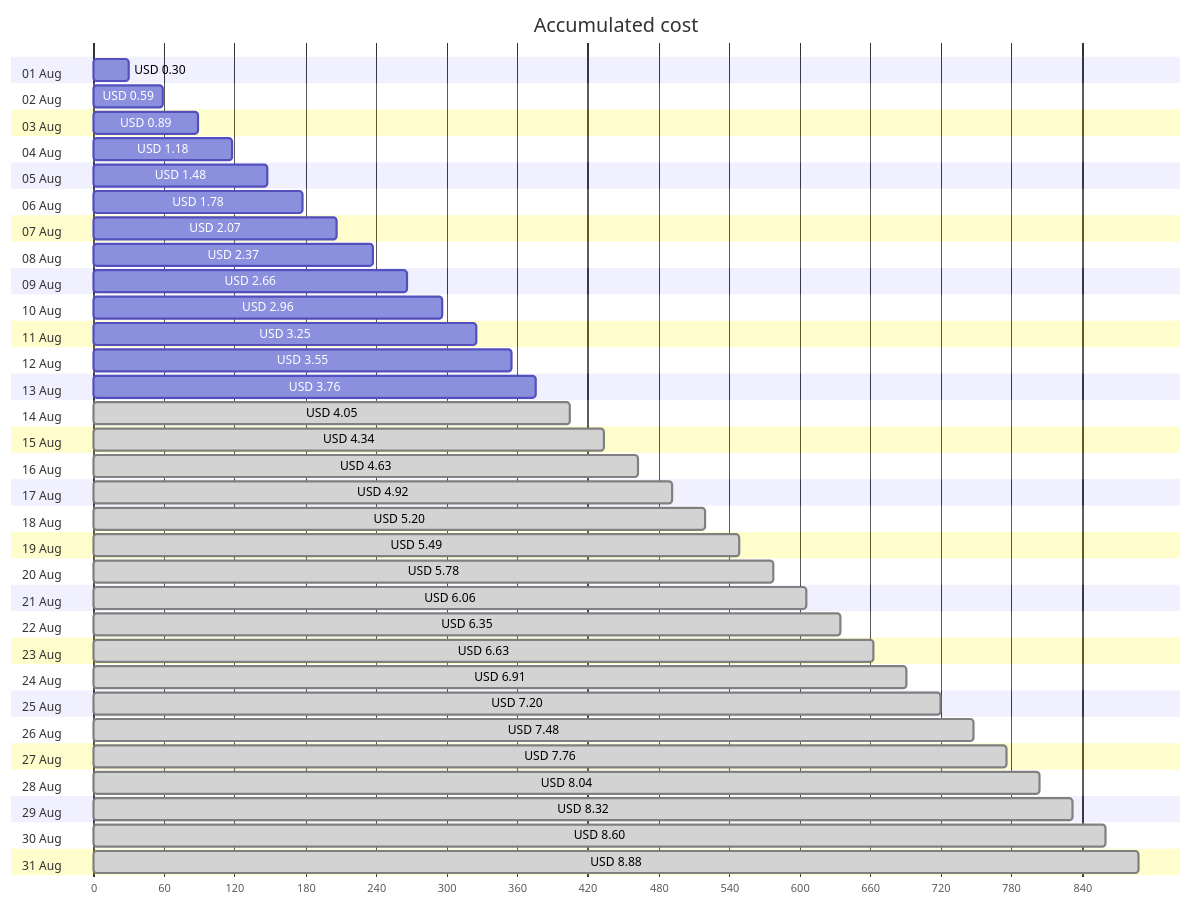
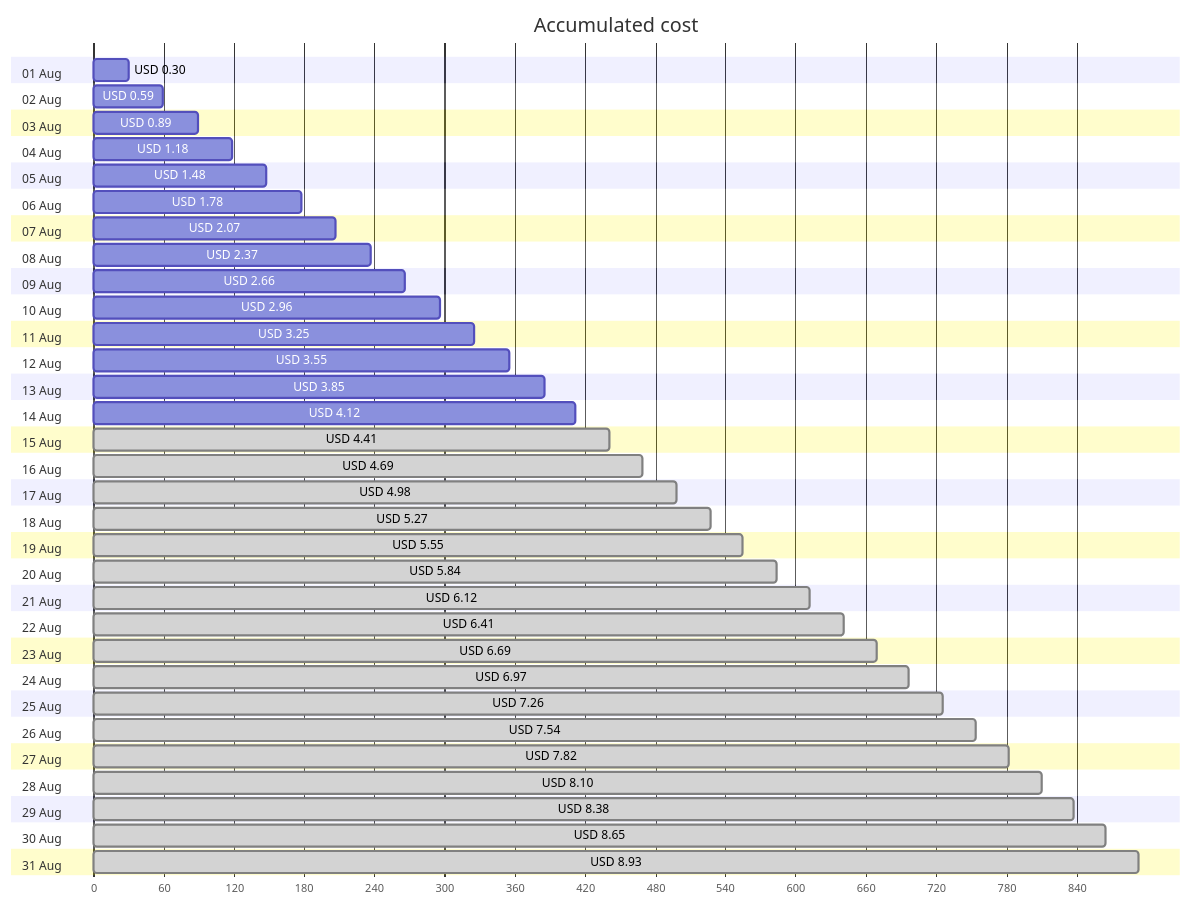
Before and after one commit to jpfulton/azure-personal-reports: the first of 4 diagrams in cost-reports/personal-site/personal-site.md, drawn with Mermaid. The commit also changed other lines of this file and 6 other files, not shown here.

````diff
--- a/cost-reports/personal-site/personal-site.md
+++ b/cost-reports/personal-site/personal-site.md
@@ -20,68 +20,68 @@
 ```mermaid
 gantt
    title Accumulated cost
    dateFormat  X
    axisFormat %s
    section 01 Aug
    USD 0.30 :0, 30
    section 02 Aug
    USD 0.59 :0, 59
    section 03 Aug
    USD 0.89 :0, 89
    section 04 Aug
    USD 1.18 :0, 118
    section 05 Aug
    USD 1.48 :0, 148
    section 06 Aug
    USD 1.78 :0, 178
    section 07 Aug
    USD 2.07 :0, 207
    section 08 Aug
    USD 2.37 :0, 237
    section 09 Aug
    USD 2.66 :0, 266
    section 10 Aug
    USD 2.96 :0, 296
    section 11 Aug
    USD 3.25 :0, 325
    section 12 Aug
    USD 3.55 :0, 355
    section 13 Aug
-   USD 3.76 :0, 376
+   USD 3.85 :0, 385
    section 14 Aug
-   USD 4.05 : done, 0, 405
+   USD 4.12 :0, 412
    section 15 Aug
-   USD 4.34 : done, 0, 434
+   USD 4.41 : done, 0, 441
    section 16 Aug
-   USD 4.63 : done, 0, 463
+   USD 4.69 : done, 0, 469
    section 17 Aug
-   USD 4.92 : done, 0, 492
+   USD 4.98 : done, 0, 498
    section 18 Aug
-   USD 5.20 : done, 0, 520
+   USD 5.27 : done, 0, 527
    section 19 Aug
-   USD 5.49 : done, 0, 549
+   USD 5.55 : done, 0, 555
    section 20 Aug
-   USD 5.78 : done, 0, 578
+   USD 5.84 : done, 0, 584
    section 21 Aug
-   USD 6.06 : done, 0, 606
+   USD 6.12 : done, 0, 612
    section 22 Aug
-   USD 6.35 : done, 0, 635
+   USD 6.41 : done, 0, 641
    section 23 Aug
-   USD 6.63 : done, 0, 663
+   USD 6.69 : done, 0, 669
    section 24 Aug
-   USD 6.91 : done, 0, 691
+   USD 6.97 : done, 0, 697
    section 25 Aug
-   USD 7.20 : done, 0, 720
+   USD 7.26 : done, 0, 726
    section 26 Aug
-   USD 7.48 : done, 0, 748
+   USD 7.54 : done, 0, 754
    section 27 Aug
-   USD 7.76 : done, 0, 776
+   USD 7.82 : done, 0, 782
    section 28 Aug
-   USD 8.04 : done, 0, 804
+   USD 8.10 : done, 0, 810
    section 29 Aug
-   USD 8.32 : done, 0, 832
+   USD 8.38 : done, 0, 838
    section 30 Aug
-   USD 8.60 : done, 0, 860
+   USD 8.65 : done, 0, 865
    section 31 Aug
-   USD 8.88 : done, 0, 888
+   USD 8.93 : done, 0, 893
 ```
````
